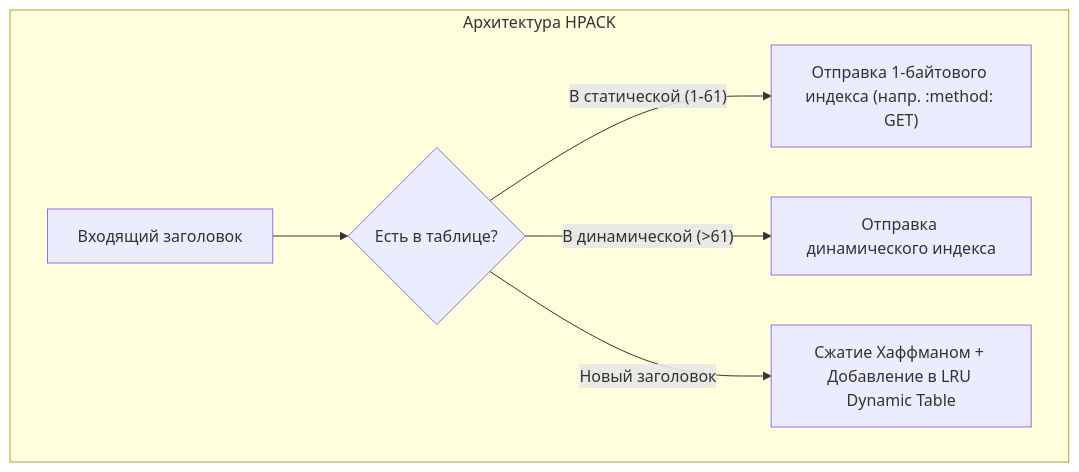
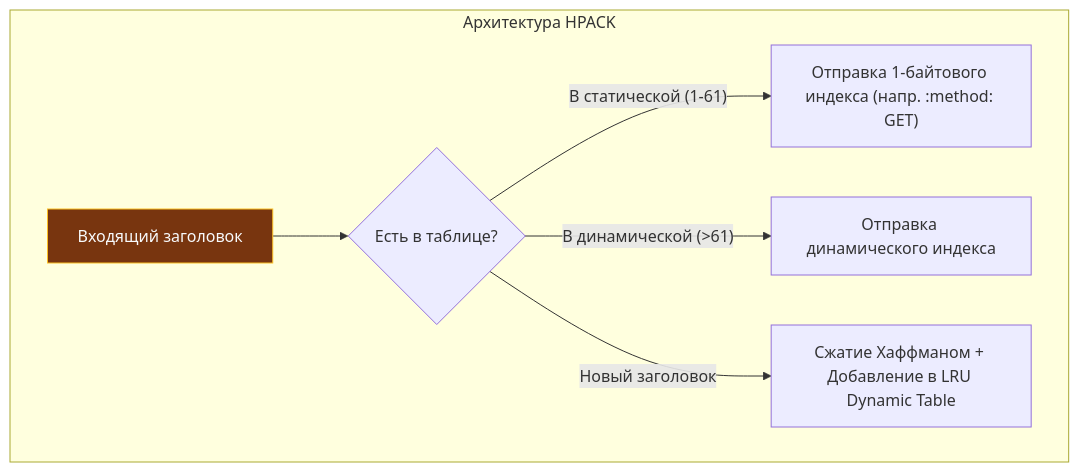
Before and after one commit to UnrealTemplier/go-textbook: the fifth of 5 diagrams in sources/3. Компьютерные сети и сетевой стек/22. HTTP 2. Multiplexing, Frames, HPACK.md, drawn with Mermaid. The commit also changed other lines of this file and 1666 other files, not shown here.

First line of the commit message:
feat(mermaid): add semantic color classDef to 1369 colorless flowchart/graph diagrams

````diff
--- a/sources/3. Компьютерные сети и сетевой стек/22. HTTP 2. Multiplexing, Frames, HPACK.md
+++ b/sources/3. Компьютерные сети и сетевой стек/22. HTTP 2. Multiplexing, Frames, HPACK.md
@@ -141,9 +171,19 @@
 ```mermaid
 flowchart TD
+    classDef process  fill:#1e293b,stroke:#38bdf8,stroke-width:1px,color:#f8fafc
+    classDef success  fill:#064e3b,stroke:#34d399,stroke-width:1px,color:#f8fafc
+    classDef error    fill:#7f1d1d,stroke:#f87171,stroke-width:1px,color:#f8fafc
+    classDef warning  fill:#78350f,stroke:#fbbf24,stroke-width:1px,color:#f8fafc
+    classDef entry    fill:#1e3a5f,stroke:#38bdf8,stroke-width:2px,color:#f8fafc
+    classDef aux      fill:#334155,stroke:#64748b,stroke-width:1px,color:#f8fafc
+    classDef system   fill:#312e81,stroke:#a78bfa,stroke-width:1px,color:#f8fafc
+    classDef data     fill:#132d29,stroke:#2dd4bf,stroke-width:1px,color:#f8fafc
+    classDef network  fill:#881337,stroke:#fb7185,stroke-width:1px,color:#f8fafc
+    classDef accent   fill:#1e1b4b,stroke:#818cf8,stroke-width:1px,color:#f8fafc
     subgraph HPACK ["Архитектура HPACK"]
-        HIn["Входящий заголовок"] --> Check{"Есть в таблице?"}
+        HIn["Входящий заголовок"]:::warning --> Check{"Есть в таблице?"}
         Check -- "В статической (1-61)" --> SendStatic["Отправка 1-байтового индекса (напр. :method: GET)"]
         Check -- "В динамической (>61)" --> SendDynamic["Отправка динамического индекса"]
         Check -- "Новый заголовок" --> AddDyn["Сжатие Хаффманом + Добавление в LRU Dynamic Table"]
     end
 ```
````
